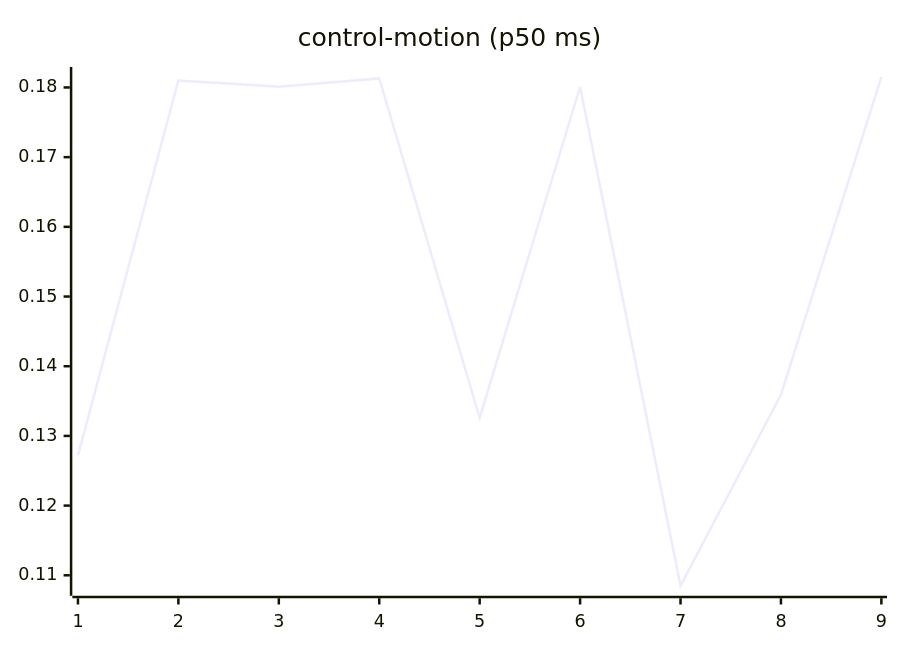
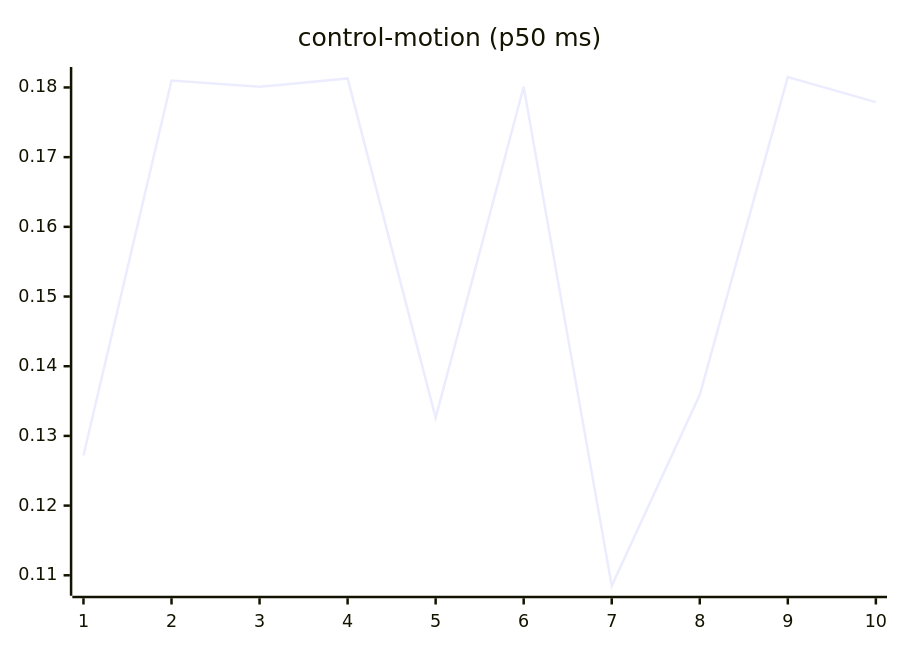
The seventh of 27 diagrams in README.md (josha/Facet), drawn with Mermaid before and after one commit. The commit also changed other lines of this file and 2 other files, not shown here.

````diff
--- a/README.md
+++ b/README.md
@@ -105,6 +105,6 @@
 ```mermaid
 xychart-beta
     title "control-motion (p50 ms)"
-    x-axis 1 --> 9
-    line [0.1272, 0.1810, 0.1801, 0.1813, 0.1326, 0.1801, 0.1085, 0.1359, 0.1815]
+    x-axis 1 --> 10
+    line [0.1272, 0.1810, 0.1801, 0.1813, 0.1326, 0.1801, 0.1085, 0.1359, 0.1815, 0.1779]
 ```
````
